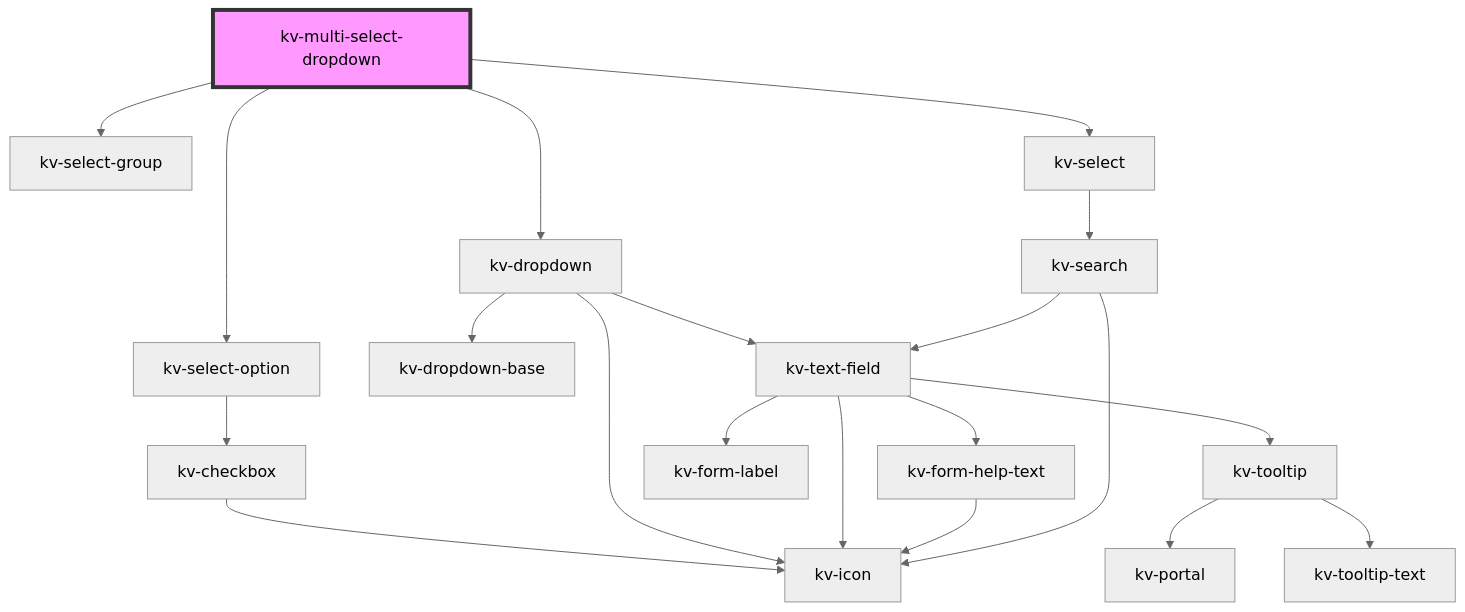
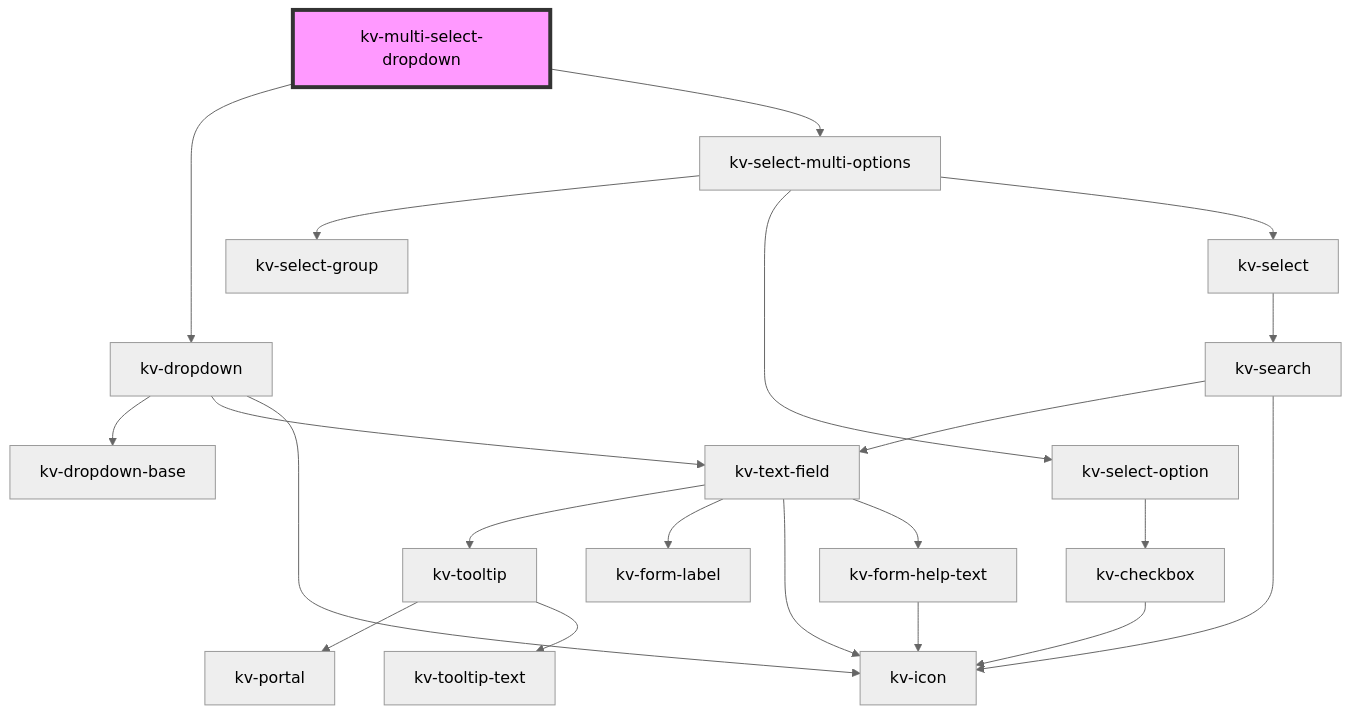
Before and after one commit to kelvininc/ui-components: the diagram in packages/ui-components/src/components/multi-select-dropdown/readme.md, drawn with Mermaid (neutral theme). The commit also changed other lines of this file and 12 other files, not shown here.

Commit message:
refactor(multi-select-dropdown): isolate options selector to a separate component

````diff
--- a/packages/ui-components/src/components/multi-select-dropdown/readme.md
+++ b/packages/ui-components/src/components/multi-select-dropdown/readme.md
@@ -100,23 +98,24 @@
 ```mermaid
 graph TD;
-  kv-multi-select-dropdown --> kv-select-group
-  kv-multi-select-dropdown --> kv-select-option
   kv-multi-select-dropdown --> kv-dropdown
-  kv-multi-select-dropdown --> kv-select
-  kv-select-option --> kv-checkbox
-  kv-checkbox --> kv-icon
+  kv-multi-select-dropdown --> kv-select-multi-options
   kv-dropdown --> kv-dropdown-base
   kv-dropdown --> kv-text-field
   kv-dropdown --> kv-icon
   kv-text-field --> kv-tooltip
   kv-text-field --> kv-form-label
   kv-text-field --> kv-icon
   kv-text-field --> kv-form-help-text
   kv-tooltip --> kv-portal
   kv-tooltip --> kv-tooltip-text
   kv-form-help-text --> kv-icon
+  kv-select-multi-options --> kv-select-group
+  kv-select-multi-options --> kv-select-option
+  kv-select-multi-options --> kv-select
+  kv-select-option --> kv-checkbox
+  kv-checkbox --> kv-icon
   kv-select --> kv-search
   kv-search --> kv-text-field
   kv-search --> kv-icon
   style kv-multi-select-dropdown fill:#f9f,stroke:#333,stroke-width:4px
 ```
````
